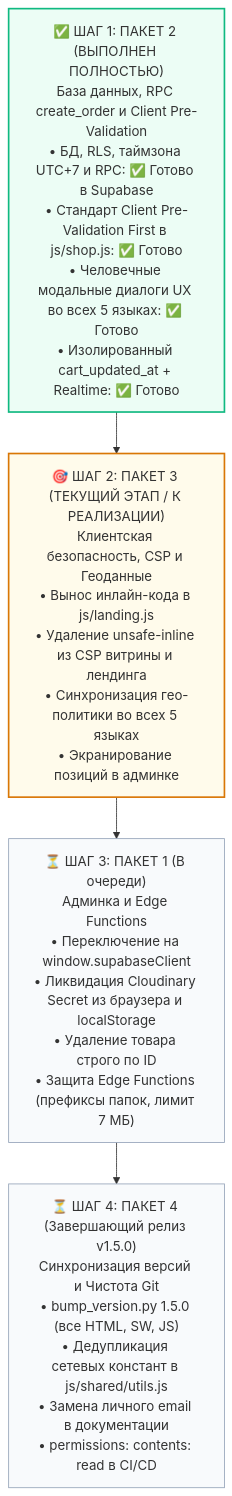
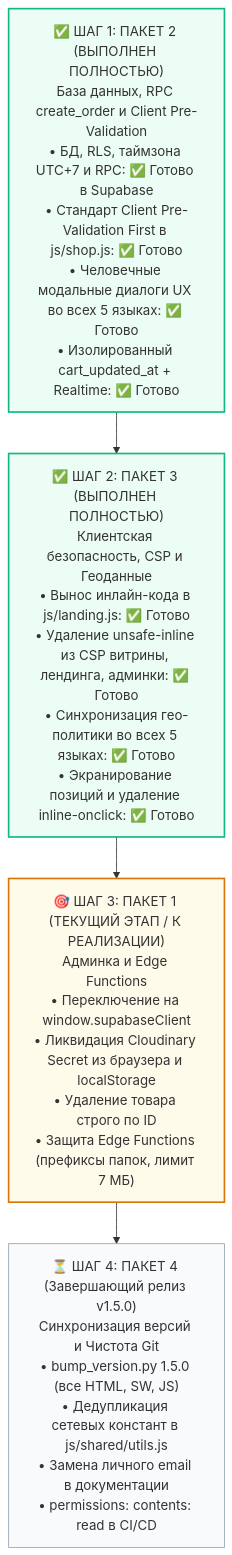
The diagram in FreshMarket-audit-v4-plan.md (deadproxor/fresh_market), drawn with Mermaid before and after one commit. The commit also changed other lines of this file and 18 other files, not shown here.

````diff
--- a/FreshMarket-audit-v4-plan.md
+++ b/FreshMarket-audit-v4-plan.md
@@ -68,12 +68,12 @@
 ```mermaid
 flowchart TD
     P2["✅ ШАГ 1: ПАКЕТ 2 (ВЫПОЛНЕН ПОЛНОСТЬЮ)<br/>База данных, RPC create_order и Client Pre-Validation<br/>• БД, RLS, таймзона UTC+7 и RPC: ✅ Готово в Supabase<br/>• Стандарт Client Pre-Validation First в js/shop.js: ✅ Готово<br/>• Человечные модальные диалоги UX во всех 5 языках: ✅ Готово<br/>• Изолированный cart_updated_at + Realtime: ✅ Готово"]
-    --> P3["🎯 ШАГ 2: ПАКЕТ 3 (ТЕКУЩИЙ ЭТАП / К РЕАЛИЗАЦИИ)<br/>Клиентская безопасность, CSP и Геоданные<br/>• Вынос инлайн-кода в js/landing.js<br/>• Удаление unsafe-inline из CSP витрины и лендинга<br/>• Синхронизация гео-политики во всех 5 языках<br/>• Экранирование позиций в админке"]
-    --> P1["⏳ ШАГ 3: ПАКЕТ 1 (В очереди)<br/>Админка и Edge Functions<br/>• Переключение на window.supabaseClient<br/>• Ликвидация Cloudinary Secret из браузера и localStorage<br/>• Удаление товара строго по ID<br/>• Защита Edge Functions (префиксы папок, лимит 7 МБ)"]
+    --> P3["✅ ШАГ 2: ПАКЕТ 3 (ВЫПОЛНЕН ПОЛНОСТЬЮ)<br/>Клиентская безопасность, CSP и Геоданные<br/>• Вынос инлайн-кода в js/landing.js: ✅ Готово<br/>• Удаление unsafe-inline из CSP витрины, лендинга, админки: ✅ Готово<br/>• Синхронизация гео-политики во всех 5 языках: ✅ Готово<br/>• Экранирование позиций и удаление inline-onclick: ✅ Готово"]
+    --> P1["🎯 ШАГ 3: ПАКЕТ 1 (ТЕКУЩИЙ ЭТАП / К РЕАЛИЗАЦИИ)<br/>Админка и Edge Functions<br/>• Переключение на window.supabaseClient<br/>• Ликвидация Cloudinary Secret из браузера и localStorage<br/>• Удаление товара строго по ID<br/>• Защита Edge Functions (префиксы папок, лимит 7 МБ)"]
     --> P4["⏳ ШАГ 4: ПАКЕТ 4 (Завершающий релиз v1.5.0)<br/>Синхронизация версий и Чистота Git<br/>• bump_version.py 1.5.0 (все HTML, SW, JS)<br/>• Дедупликация сетевых констант в js/shared/utils.js<br/>• Замена личного email в документации<br/>• permissions: contents: read в CI/CD"]
 
     style P2 fill:#ecfdf5,stroke:#10b981,stroke-width:2px;
-    style P3 fill:#fffbeb,stroke:#d97706,stroke-width:2px;
-    style P1 fill:#f8fafc,stroke:#94a3b8,stroke-width:1px;
+    style P3 fill:#ecfdf5,stroke:#10b981,stroke-width:2px;
+    style P1 fill:#fffbeb,stroke:#d97706,stroke-width:2px;
     style P4 fill:#f8fafc,stroke:#94a3b8,stroke-width:1px;
 ```
````
